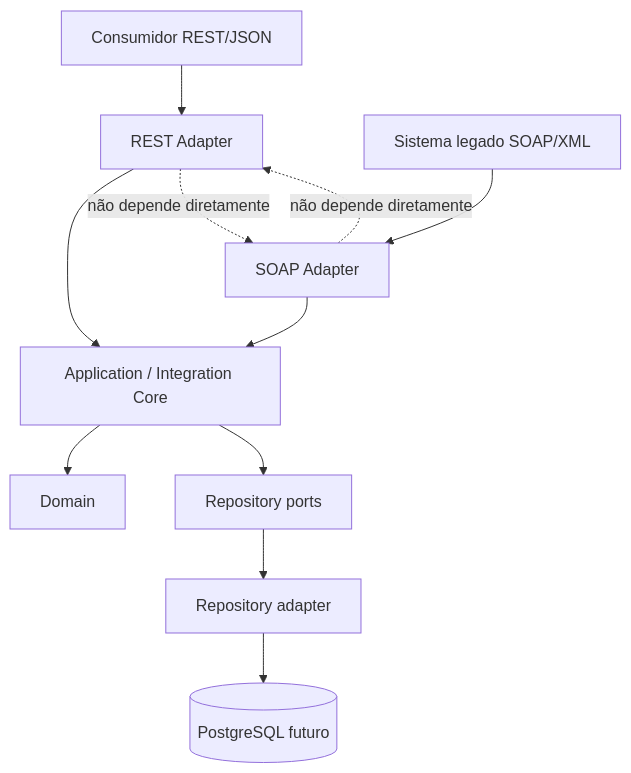
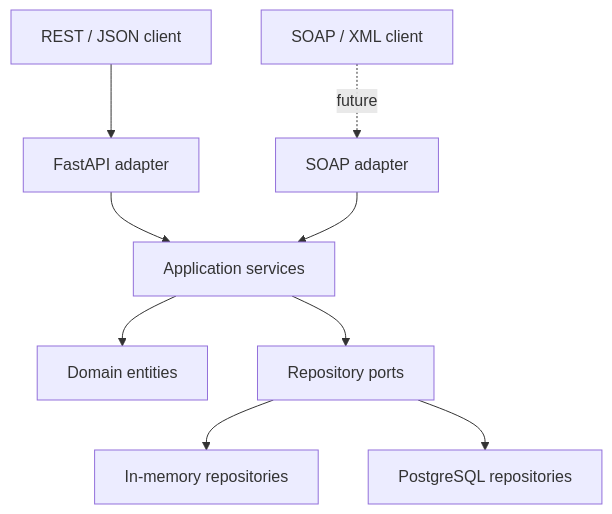
Before and after one commit to diegodgspro/enterprise-integration-hub: the diagram in docs/architecture.md, drawn with Mermaid. The commit also changed other lines of this file and 1 other file, not shown here.

````diff
--- a/docs/architecture.md
+++ b/docs/architecture.md
@@ -9,15 +9,11 @@
 ```mermaid
 flowchart TB
-    RestClient[Consumidor REST/JSON] --> RestAdapter[REST Adapter]
-    SoapClient[Sistema legado SOAP/XML] --> SoapAdapter[SOAP Adapter]
-
-    RestAdapter --> Core[Application / Integration Core]
-    SoapAdapter --> Core
-    RestAdapter -. não depende diretamente .-> SoapAdapter
-    SoapAdapter -. não depende diretamente .-> RestAdapter
-
-    Core --> Domain[Domain]
-    Core --> RepoPort[Repository ports]
-    RepoPort --> RepoAdapter[Repository adapter]
-    RepoAdapter --> PostgreSQL[(PostgreSQL futuro)]
+    REST["REST / JSON client"] --> RA["FastAPI adapter"]
+    SOAP["SOAP / XML client"] -. future .-> SA["SOAP adapter"]
+    RA --> APP["Application services"]
+    SA --> APP
+    APP --> DOMAIN["Domain entities"]
+    APP --> PORTS["Repository ports"]
+    PORTS --> MEM["In-memory repositories"]
+    PORTS --> PG["PostgreSQL repositories"]
 ```
````
